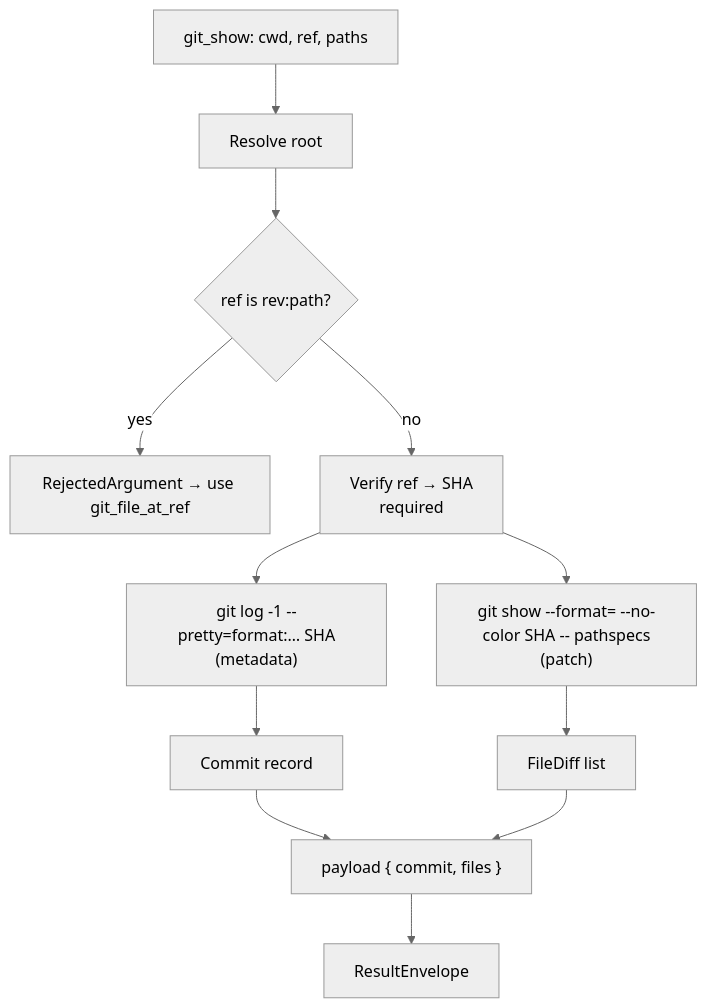
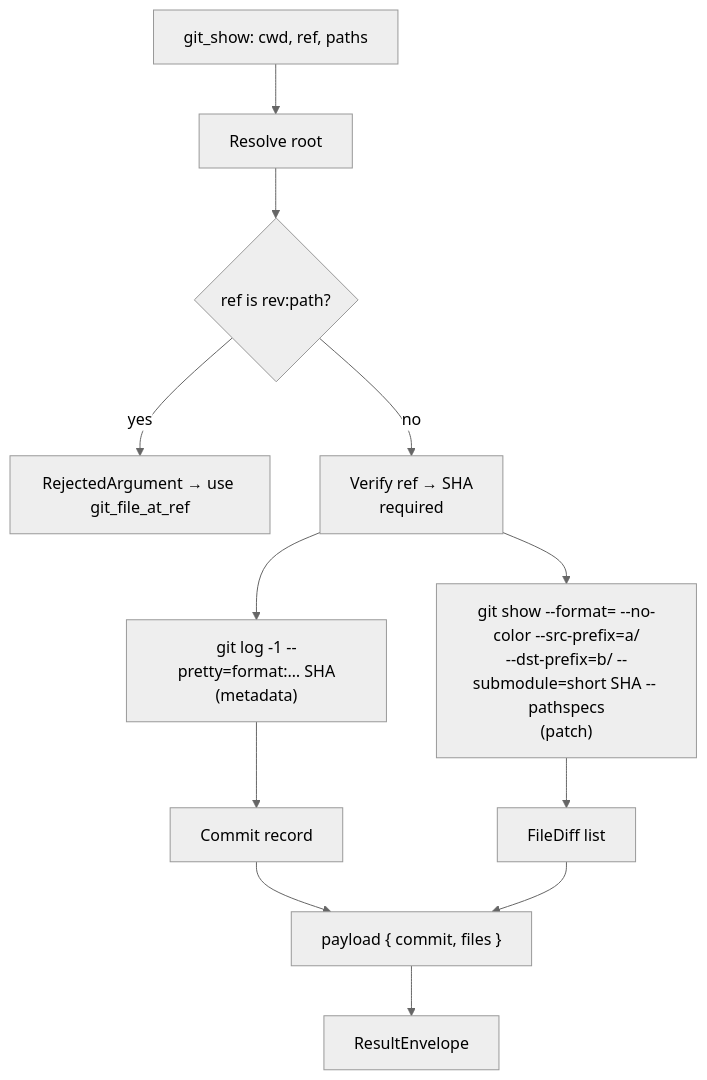
Before and after one commit to brenordv/mcp-toolset: the fifth of 14 diagrams in src/RaccoonNinja.McpToolset.Server.GitOps/README.md, drawn with Mermaid (neutral theme). The commit also changed other lines of this file and 10 other files, not shown here.

Commit message:
Pass `--src-prefix=a/ --dst-prefix=b/ --submodule=short` on all `git_diff`, `git_show`, and `git_stash_show` passes to normalize patch headers and block external commands in submodules.

````diff
--- a/src/RaccoonNinja.McpToolset.Server.GitOps/README.md
+++ b/src/RaccoonNinja.McpToolset.Server.GitOps/README.md
@@ -198,14 +202,14 @@
 ```mermaid
 flowchart TD
     A[git_show: cwd, ref, paths] --> B[Resolve root]
     B --> R{ref is rev:path?}
     R -- yes --> X[RejectedArgument → use git_file_at_ref]
     R -- no --> C[Verify ref → SHA<br/>required]
     C --> D["git log -1 --pretty=format:… SHA<br/>(metadata)"]
-    C --> E["git show --format= --no-color SHA -- pathspecs<br/>(patch)"]
+    C --> E["git show --format= --no-color --src-prefix=a/<br/>--dst-prefix=b/ --submodule=short SHA -- pathspecs<br/>(patch)"]
     D --> F[Commit record]
     E --> G[FileDiff list]
     F --> H["payload { commit, files }"]
     G --> H
     H --> I[ResultEnvelope]
 ```
````
